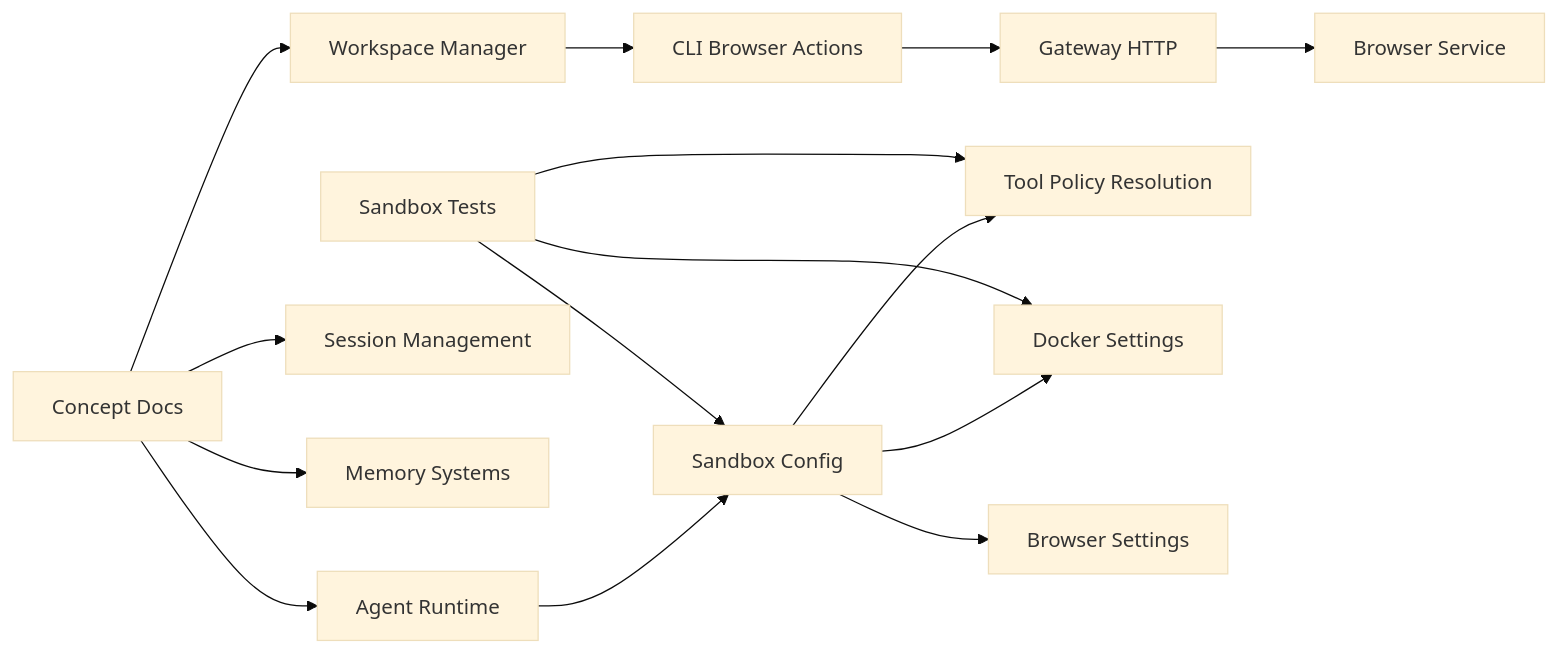
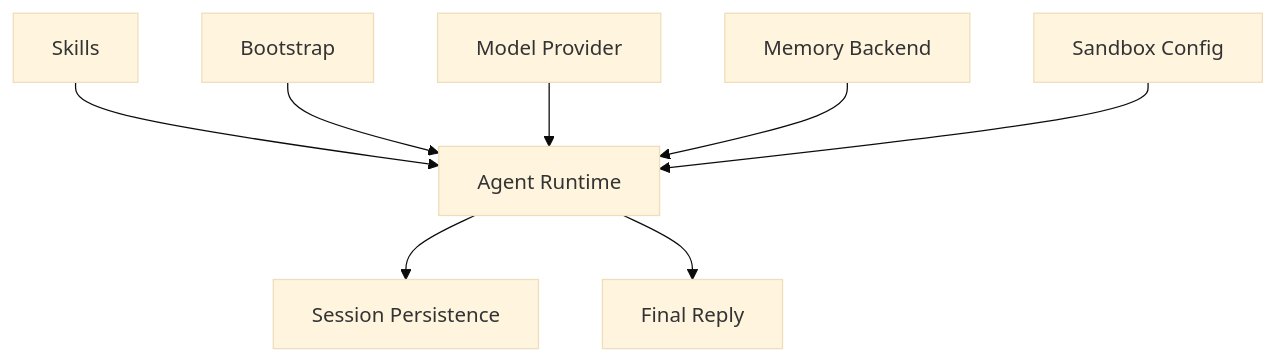
Before and after one commit to botx-work/OpenClaw-Internals: diagram 12 of 12 in repowiki/en/content/Agent System/Agent System.md, drawn with Mermaid (base theme). The commit also changed other lines of this file and 332 other files, not shown here.

````diff
--- a/repowiki/en/content/Agent System/Agent System.md
+++ b/repowiki/en/content/Agent System/Agent System.md
@@ -380,17 +376,10 @@
 ```mermaid
-graph LR
-Docs["Concept Docs"] --> Runtime["Agent Runtime"]
-Docs --> Workspace["Workspace Manager"]
-Docs --> Sessions["Session Management"]
-Docs --> Memory["Memory Systems"]
-Workspace --> CLI["CLI Browser Actions"]
-CLI --> Gateway["Gateway HTTP"]
-Gateway --> Browser["Browser Service"]
-Runtime --> Sandbox["Sandbox Config"]
-Sandbox --> Tools["Tool Policy Resolution"]
-Sandbox --> Docker["Docker Settings"]
-Sandbox --> BrowserPolicy["Browser Settings"]
-Tests["Sandbox Tests"] --> Sandbox
-Tests --> Docker
-Tests --> Tools
+graph TB
+SK["Skills"] --> RT["Agent Runtime"]
+BS["Bootstrap"] --> RT
+MD["Model Provider"] --> RT
+MEM["Memory Backend"] --> RT
+SB["Sandbox Config"] --> RT
+RT --> SESS["Session Persistence"]
+RT --> OUT["Final Reply"]
 ```
````
